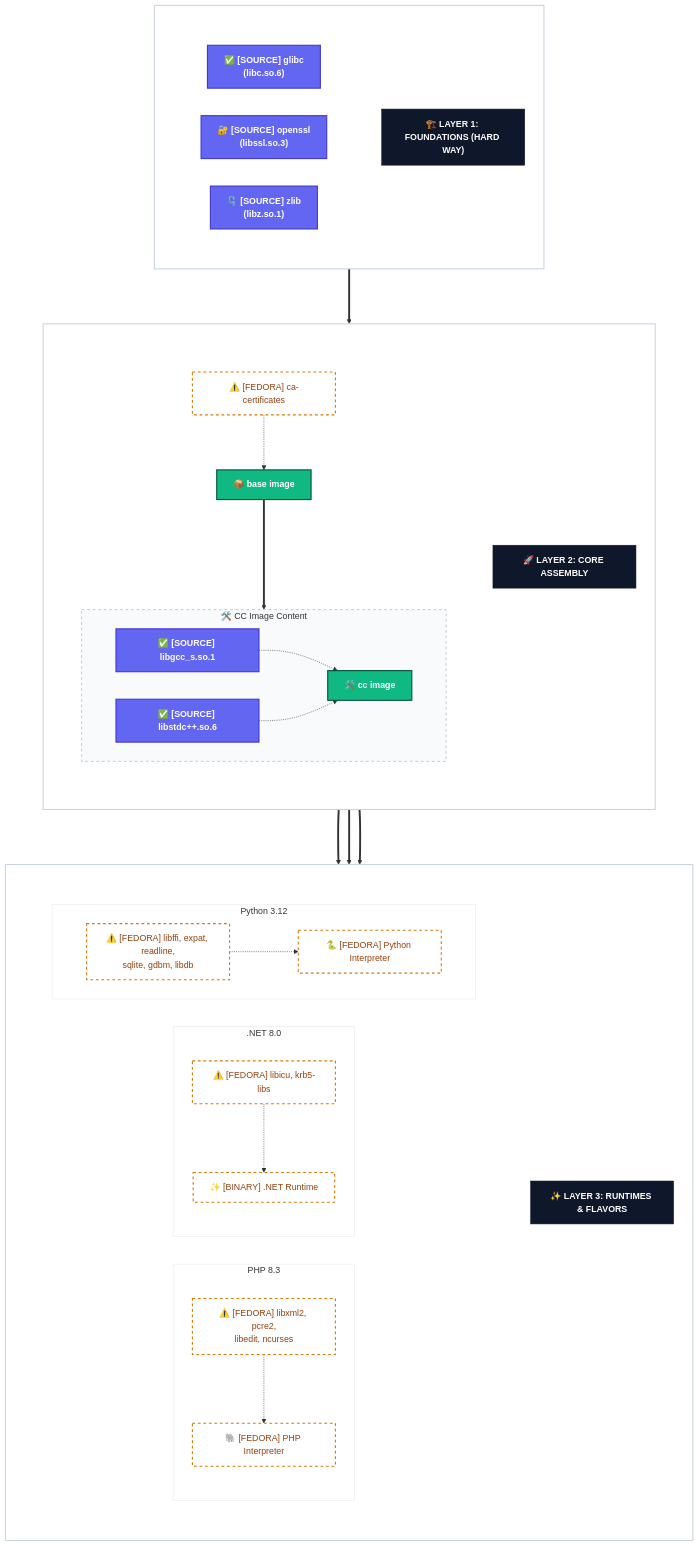
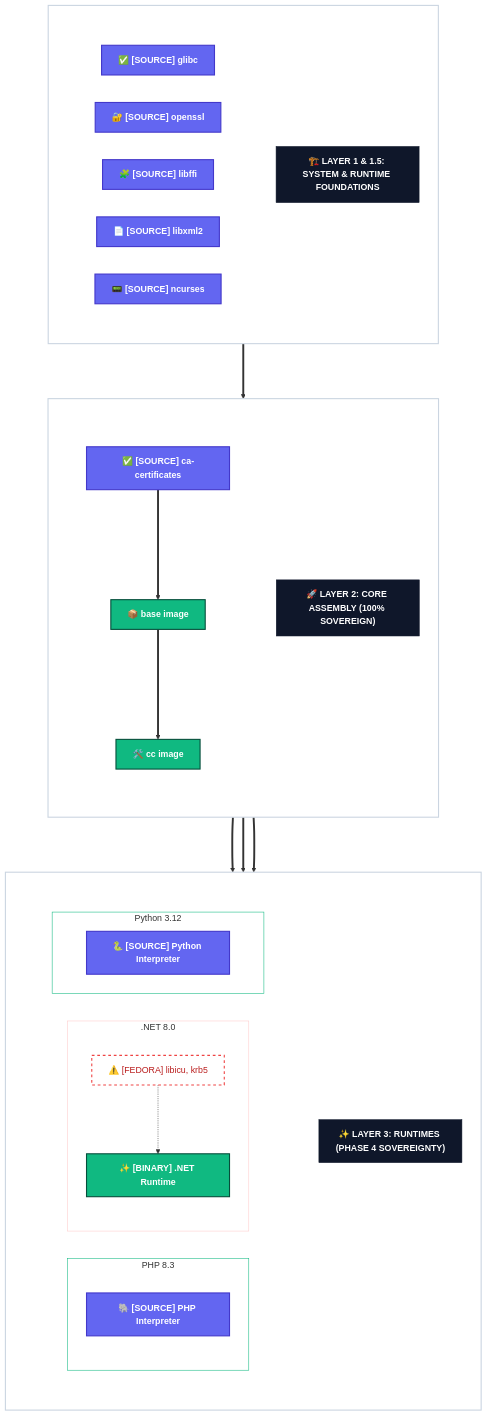
One commit to mbuccarello/distroless-the-hard-way changed the diagram in docs/mermaid/lib-hierarchy.mmd. Above: the diagram before and after it, drawn with Mermaid. The commit also changed 9 other files, not shown here.

First line of the commit message:
Docs: Comprehensive overhaul to reflect 4-Layer Sovereign model

```diff
--- a/docs/mermaid/lib-hierarchy.mmd
+++ b/docs/mermaid/lib-hierarchy.mmd
@@ -1,92 +1,80 @@
 graph TB
-    %% Modern Enterprise Design System
     classDef source fill:#6366f1,stroke:#4338ca,color:#fff,stroke-width:2px,font-weight:bold;
-    classDef fedora fill:#ffffff,stroke:#d97706,color:#92400e,stroke-width:2px,stroke-dasharray: 5 5;
+    classDef fedora fill:#ffffff,stroke:#ef4444,color:#b91c1c,stroke-width:2px,stroke-dasharray: 5 5;
     classDef image fill:#10b981,stroke:#064e3b,color:#fff,stroke-width:2px,font-weight:bold;
     classDef header fill:#0f172a,stroke:#0f172a,color:#fff,font-weight:bold,font-size:16px;
 
     %% Foundations
     subgraph L1_Cont [" "]
         direction TB
-        h1["🏗️ LAYER 1: FOUNDATIONS (HARD WAY)"]:::header
+        h1["🏗️ LAYER 1 & 1.5: SYSTEM & RUNTIME FOUNDATIONS"]:::header
         
         subgraph L1_Content ["&nbsp;"]
             direction LR
-            glibc["✅ [SOURCE] glibc<br/>(libc.so.6)"]
-            openssl["🔐 [SOURCE] openssl<br/>(libssl.so.3)"]
-            zlib["🗜️ [SOURCE] zlib<br/>(libz.so.1)"]
+            glibc["✅ [SOURCE] glibc"]
+            openssl["🔐 [SOURCE] openssl"]
+            libffi["🧩 [SOURCE] libffi"]
+            xml2["📄 [SOURCE] libxml2"]
+            nc["📟 [SOURCE] ncurses"]
         end
     end
     style L1_Cont fill:#ffffff,stroke:#cbd5e1,stroke-width:2px;
     style L1_Content fill:#ffffff,stroke:none;
 
     %% Assembly
     subgraph L2_Cont [" "]
         direction TB
-        h2["🚀 LAYER 2: CORE ASSEMBLY"]:::header
+        h2["🚀 LAYER 2: CORE ASSEMBLY (100% SOVEREIGN)"]:::header
         
         subgraph L2_Content ["&nbsp;"]
             direction TB
-            cacert["⚠️ [FEDORA] ca-certificates"]
+            cacert["✅ [SOURCE] ca-certificates"]
             base["📦 base image"]
+            cc_img["🛠️ cc image"]
             
-            subgraph CC_Box ["🛠️ CC Image Content"]
-                direction LR
-                libgcc["✅ [SOURCE] libgcc_s.so.1"]
-                libstd["✅ [SOURCE] libstdc++.so.6"]
-                cc_img["🛠️ cc image"]
-            end
-            
-            cacert -.-> base
+            cacert ===> base
             base ===> cc_img
-            libgcc -.-> cc_img
-            libstd -.-> cc_img
         end
     end
     style L2_Cont fill:#ffffff,stroke:#cbd5e1,stroke-width:2px;
     style L2_Content fill:#ffffff,stroke:none;
-    style CC_Box fill:#f8fafc,stroke:#94a3b8,stroke-dasharray: 5 5;
 
     %% Runtimes
     subgraph L3_Cont [" "]
         direction TB
-        h3["✨ LAYER 3: RUNTIMES & FLAVORS"]:::header
+        h3["✨ LAYER 3: RUNTIMES (PHASE 4 SOVEREIGNTY)"]:::header
         
         subgraph L3_Content ["&nbsp;"]
             direction LR
             
             subgraph PHP ["PHP 8.3"]
-                php_libs["⚠️ [FEDORA] libxml2, pcre2,<br/>libedit, ncurses"]
-                php_bin["🐘 [FEDORA] PHP Interpreter"]
-                php_libs -.-> php_bin
+                php_bin["🐘 [SOURCE] PHP Interpreter"]
             end
 
             subgraph Dotnet [".NET 8.0"]
-                dotnet_libs["⚠️ [FEDORA] libicu, krb5-libs"]
+                dotnet_libs["⚠️ [FEDORA] libicu, krb5"]
                 dotnet_bin["✨ [BINARY] .NET Runtime"]
                 dotnet_libs -.-> dotnet_bin
             end
 
             subgraph Python ["Python 3.12"]
-                py_libs["⚠️ [FEDORA] libffi, expat, readline,<br/>sqlite, gdbm, libdb"]
-                py_bin["🐍 [FEDORA] Python Interpreter"]
-                py_libs -.-> py_bin
+                py_bin["🐍 [SOURCE] Python Interpreter"]
             end
         end
     end
     style L3_Cont fill:#ffffff,stroke:#cbd5e1,stroke-width:2px;
     style L3_Content fill:#ffffff,stroke:none;
-    style PHP fill:#ffffff,stroke:#e2e8f0;
-    style Dotnet fill:#ffffff,stroke:#e2e8f0;
-    style Python fill:#ffffff,stroke:#e2e8f0;
+    style PHP fill:#ffffff,stroke:#10b981;
+    style Dotnet fill:#ffffff,stroke:#fecaca;
+    style Python fill:#ffffff,stroke:#10b981;
 
-    %% Global Connections - CONNECTING CONTAINER TO TARGET NODE
+    %% Global Connections
     L1_Cont ===> base
     cc_img ===> PHP
     cc_img ===> Dotnet
     cc_img ===> Python
 
     %% Applying Classes
-    class glibc,openssl,zlib,libgcc,libstd source;
-    class cacert,php_bin,php_libs,dotnet_bin,dotnet_libs,py_bin,py_libs fedora;
-    class base,cc_img image;
+    class glibc,openssl,libffi,xml2,nc,cacert,php_bin,py_bin source;
+    class dotnet_libs fedora;
+    class base,cc_img,dotnet_bin image;
```
